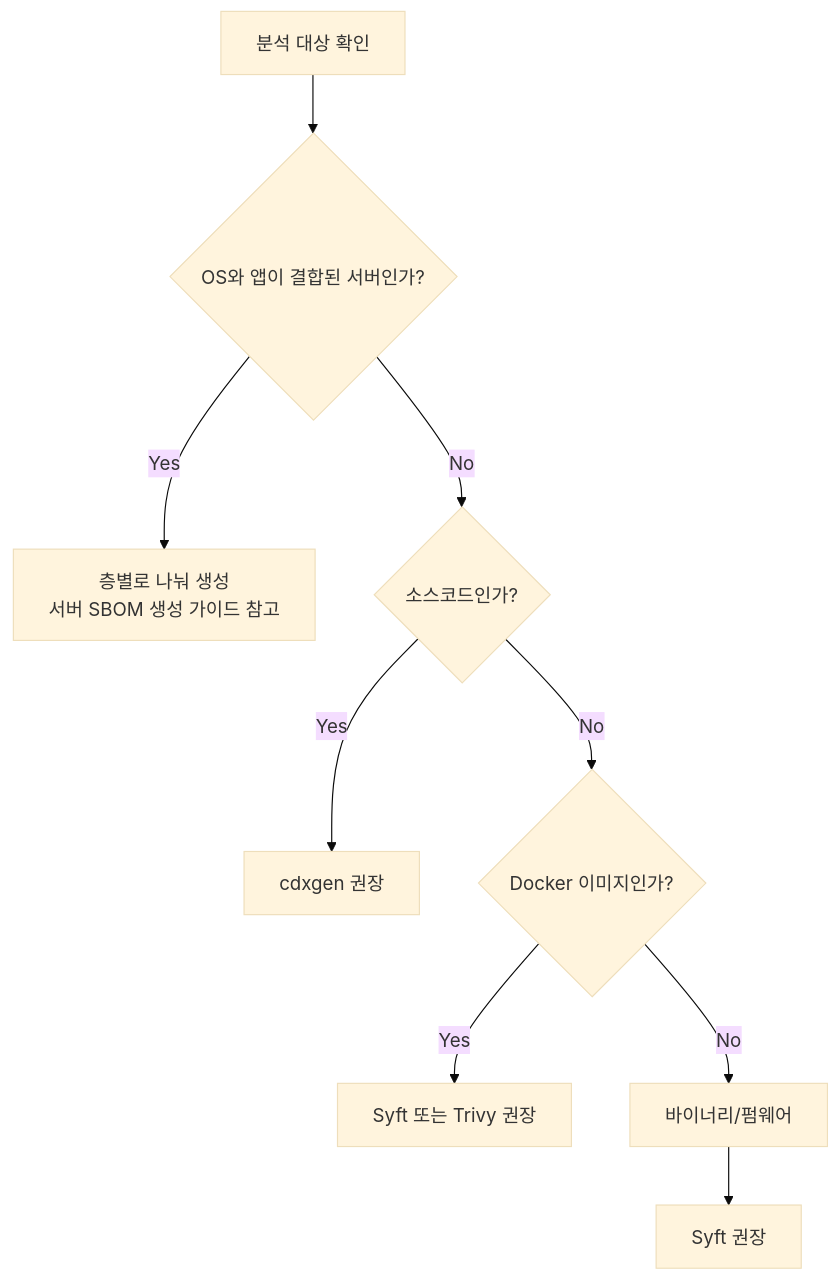
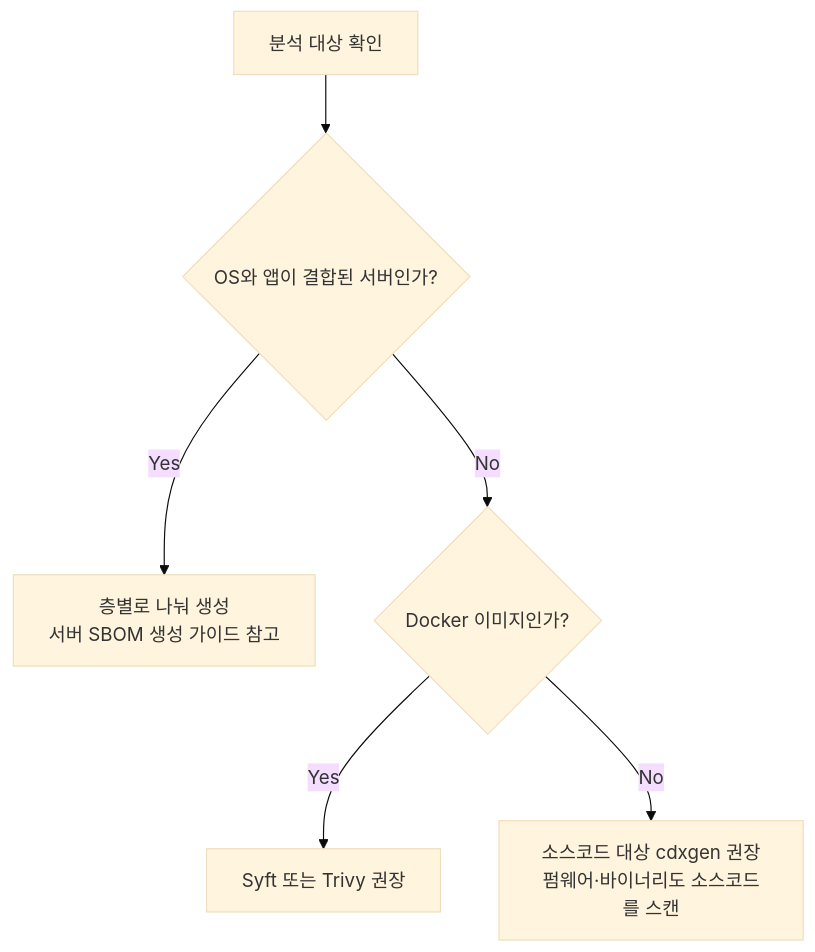
The diagram in content/ko/guide/supply-chain/for-suppliers/creation-guide/_index.md (sktelecom/sktelecom.github.io), drawn with Mermaid (base theme) before and after one commit. The commit also changed other lines of this file and 1 other file, not shown here.

Commit message:
docs(supply-chain): route firmware/binary deliveries to source-code scanning, not Syft

````diff
--- a/content/ko/guide/supply-chain/for-suppliers/creation-guide/_index.md
+++ b/content/ko/guide/supply-chain/for-suppliers/creation-guide/_index.md
@@ -14,11 +14,8 @@
 ```mermaid
 graph TD
     A[분석 대상 확인] --> S{OS와 앱이 결합된 서버인가?}
     S -- Yes --> T[층별로 나눠 생성<br>서버 SBOM 생성 가이드 참고]
-    S -- No --> B{소스코드인가?}
-    B -- Yes --> C[cdxgen 권장]
-    B -- No --> D{Docker 이미지인가?}
+    S -- No --> D{Docker 이미지인가?}
     D -- Yes --> E[Syft 또는 Trivy 권장]
-    D -- No --> F[바이너리/펌웨어]
-    F --> G[Syft 권장]
+    D -- No --> C[소스코드 대상 cdxgen 권장<br>펌웨어·바이너리도 소스코드를 스캔]
 ```
````
